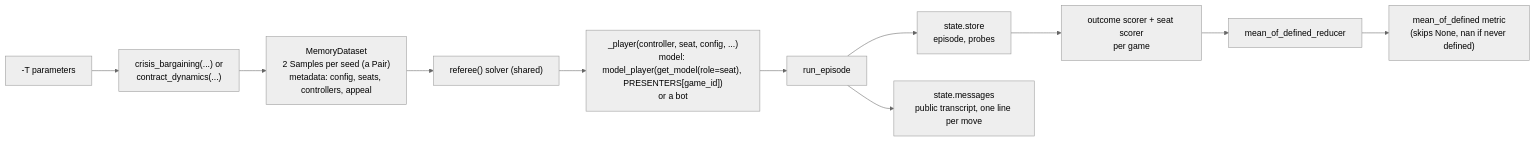
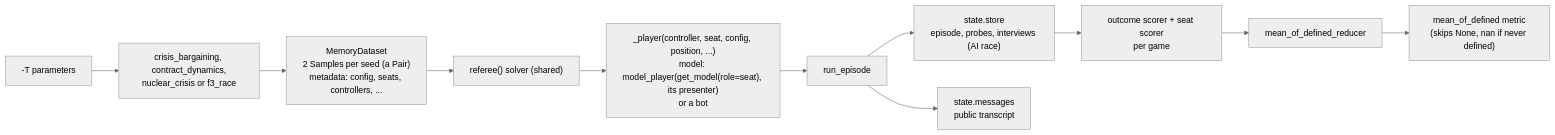
Before and after one commit to CarlosGIbanez/SPAR-Harness-Strategic-Interaction-Agents: diagram 13 of 15 in docs/architecture.md, drawn with Mermaid (neutral theme). The commit also changed other lines of this file and 1 other file, not shown here.

Commit message:
Update README and architecture.md to reflect new unification

````diff
--- a/docs/architecture.md
+++ b/docs/architecture.md
@@ -537,13 +598,13 @@
 ```mermaid
 flowchart LR
-    params["-T parameters"] --> task["crisis_bargaining(...) or<br/>contract_dynamics(...)"]
-    task --> ds["MemoryDataset<br/>2 Samples per seed (a Pair)<br/>metadata: config, seats, controllers, appeal"]
+    params["-T parameters"] --> task["crisis_bargaining, contract_dynamics,<br/>nuclear_crisis or f3_race"]
+    task --> ds["MemoryDataset<br/>2 Samples per seed (a Pair)<br/>metadata: config, seats, controllers, ..."]
     ds --> solver["referee() solver (shared)"]
-    solver --> players["_player(controller, seat, config, ...)<br/>model: model_player(get_model(role=seat), PRESENTERS[game_id])<br/>or a bot"]
+    solver --> players["_player(controller, seat, config, position, ...)<br/>model: model_player(get_model(role=seat), its presenter)<br/>or a bot"]
     players --> run["run_episode"]
-    run --> store["state.store<br/>episode, probes"]
-    run --> msgs["state.messages<br/>public transcript, one line per move"]
+    run --> store["state.store<br/>episode, probes, interviews (AI race)"]
+    run --> msgs["state.messages<br/>public transcript"]
     store --> sc["outcome scorer + seat scorer<br/>per game"]
     sc --> red["mean_of_defined_reducer"]
     red --> met["mean_of_defined metric<br/>(skips None, nan if never defined)"]
 ```
````
